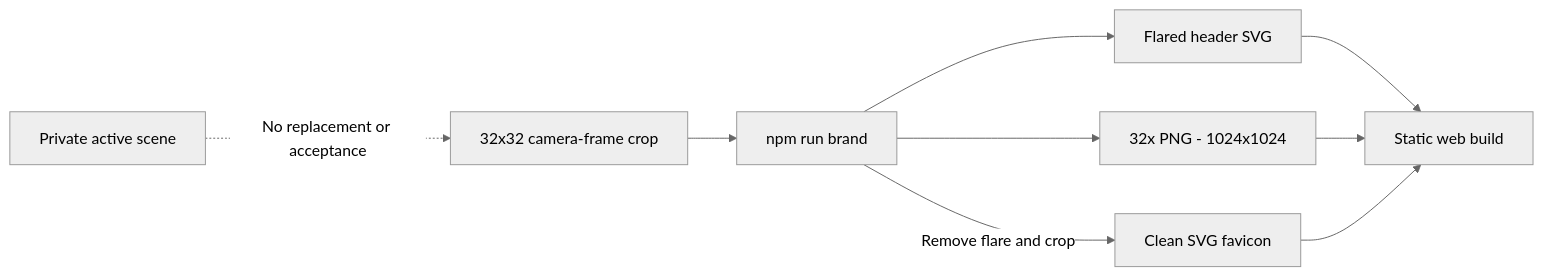
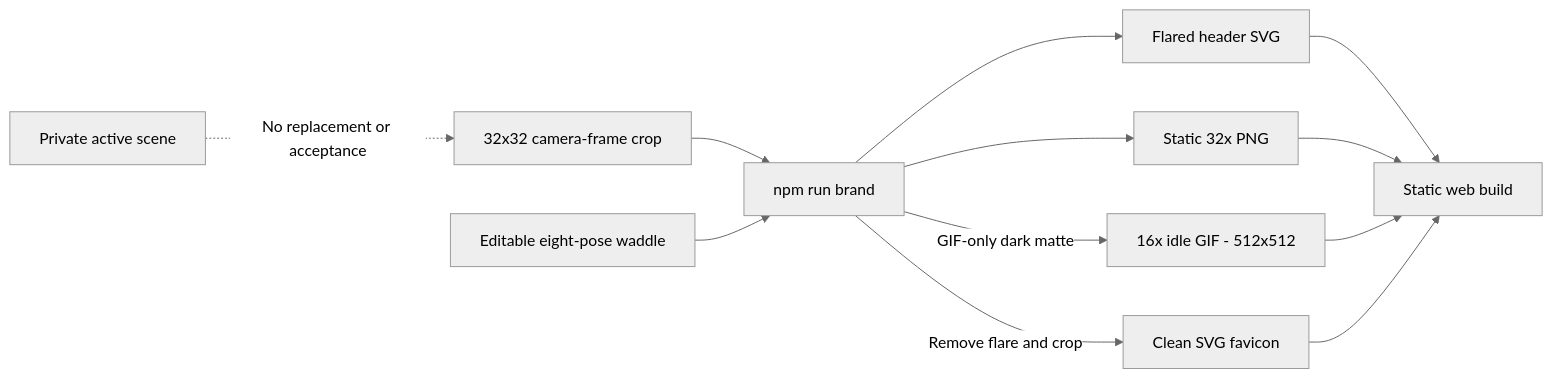
The diagram in docs/book/11-character-branding/README.md (Zanark/SpriteCanvas), drawn with Mermaid (neutral theme) before and after one commit. The commit also changed other lines of this file and 10 other files, not shown here.

````diff
--- a/docs/book/11-character-branding/README.md
+++ b/docs/book/11-character-branding/README.md
@@ -9,13 +9,16 @@
 ```mermaid
 flowchart LR
     accTitle: Editable source to application branding
-    accDescr: A camera-frame crop feeds the brand generator. The application SVG and 32x README PNG retain the flare; the favicon removes only that layer and tightly crops the unchanged character.
+    accDescr: Camera-frame and editable idle projects feed the brand generator. The app SVG and static PNG retain transparent flare, the favicon removes flare, and the 16x idle GIF uses an export-only dark matte.
     P["32x32 camera-frame crop"] --> G["npm run brand"]
+    I["Editable eight-pose waddle"] --> G
     G --> S["Flared header SVG"]
-    G --> N["32x PNG - 1024x1024"]
+    G --> N["Static 32x PNG"]
+    G -->|GIF-only dark matte| D["16x idle GIF - 512x512"]
     G -->|Remove flare and crop| F["Clean SVG favicon"]
     S --> W["Static web build"]
     N --> W
+    D --> W
     F --> W
     A["Private active scene"] -. "No replacement or acceptance" .-> P
 ```
````
